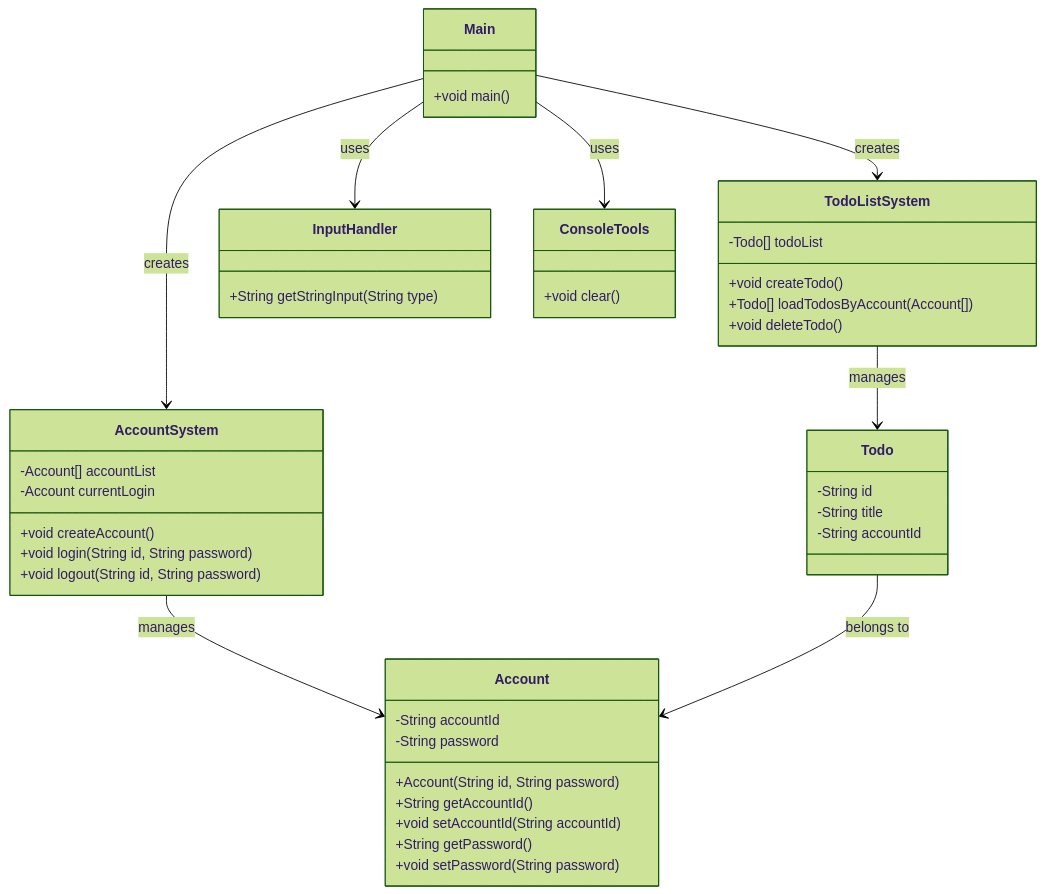
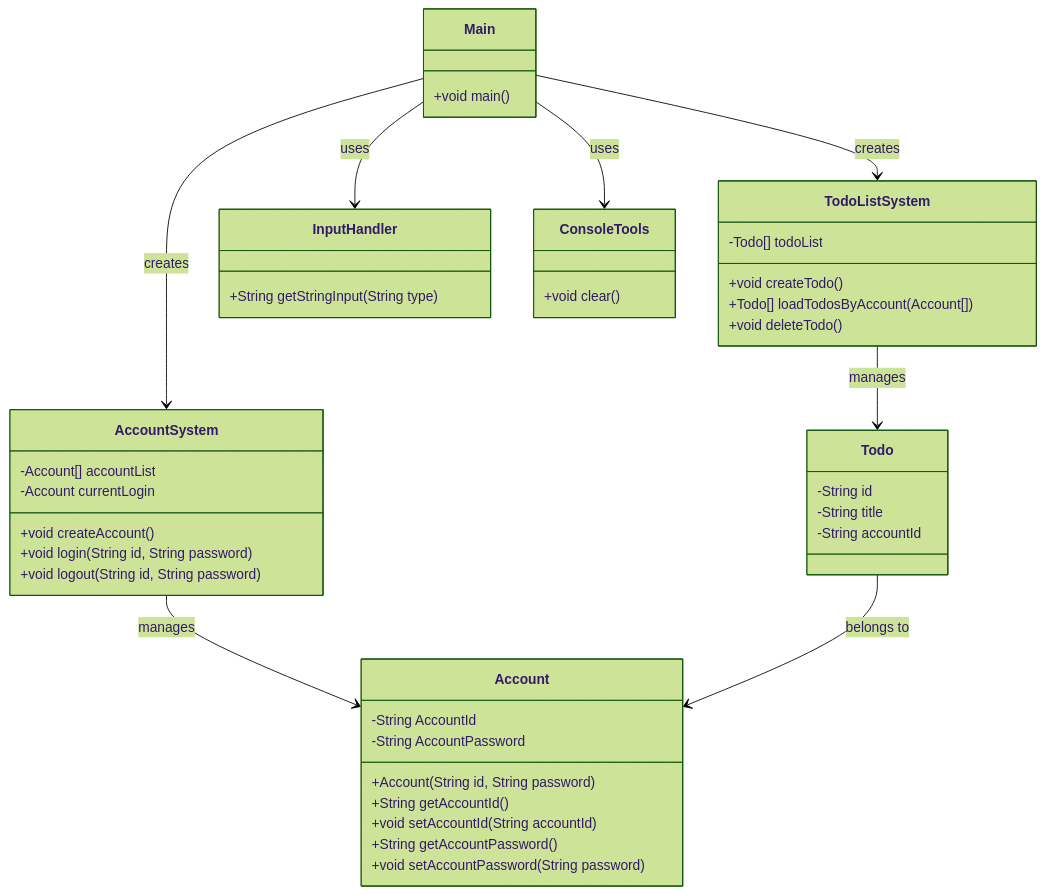
One commit to gwongibeom/java_scratch changed the diagram in src/TodoListWithAccountSystem/todo-list-class-diagram.mermaid. Above: the diagram before and after it, drawn with Mermaid (forest theme).

Commit message:
(개발) 머메이드 어카운트 수정
클래스 변수 및 메소드 이름 수정

```diff
--- a/src/TodoListWithAccountSystem/todo-list-class-diagram.mermaid
+++ b/src/TodoListWithAccountSystem/todo-list-class-diagram.mermaid
@@ -1,51 +1,51 @@
 classDiagram
     class Todo {
         -String id
         -String title
         -String accountId
     }
 
     class TodoListSystem {
         -Todo[] todoList
         +void createTodo()
         +Todo[] loadTodosByAccount(Account[])
         +void deleteTodo()
     }
 
     class Account {
-        -String accountId
-        -String password
+        -String AccountId
+        -String AccountPassword
         +Account(String id, String password)
         +String getAccountId()
         +void setAccountId(String accountId)
-        +String getPassword()
-        +void setPassword(String password)
+        +String getAccountPassword()
+        +void setAccountPassword(String password)
     }
 
     class AccountSystem {
         -Account[] accountList
         -Account currentLogin
         +void createAccount()
         +void login(String id, String password)
         +void logout(String id, String password)
     }
 
     class InputHandler {
         +String getStringInput(String type)
     }
 
     class ConsoleTools {
         +void clear()
     }
 
     class Main {
         +void main()
     }
 
     Main --> AccountSystem : creates
     Main --> TodoListSystem : creates
     Main --> InputHandler : uses
     Main --> ConsoleTools : uses
     TodoListSystem --> Todo : manages
     AccountSystem --> Account : manages
     Todo --> Account : belongs to
```
